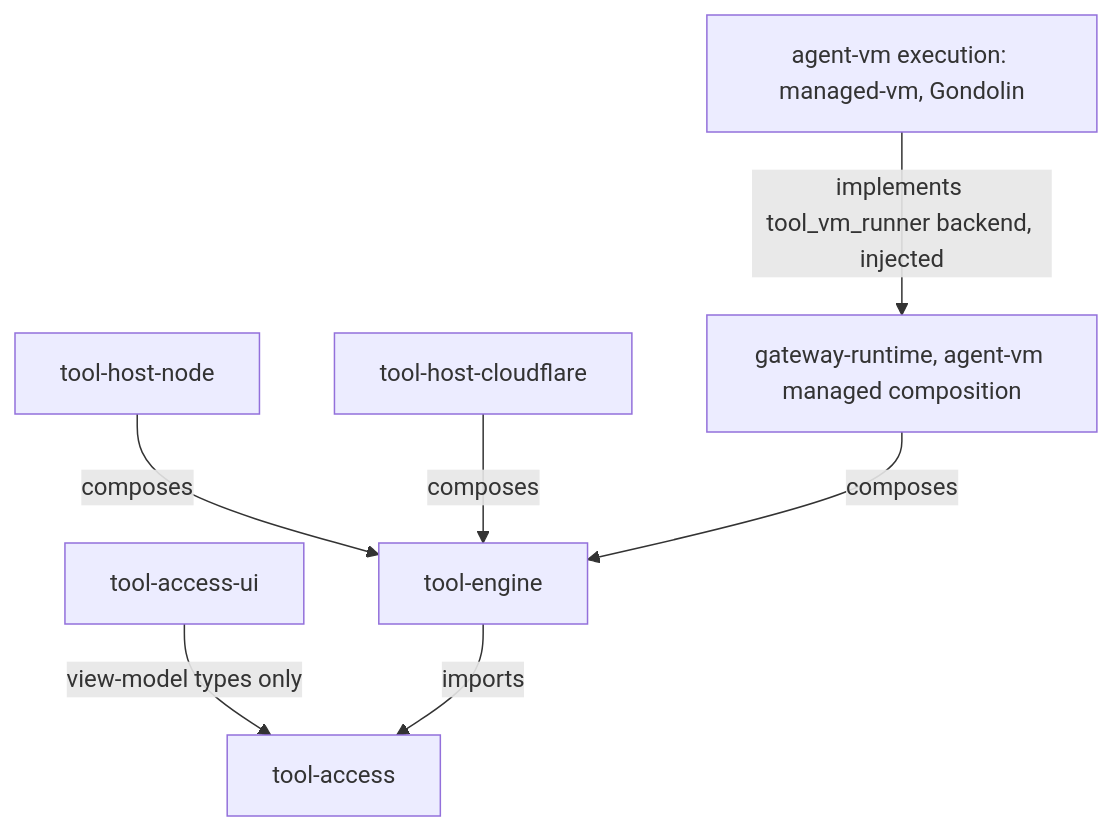
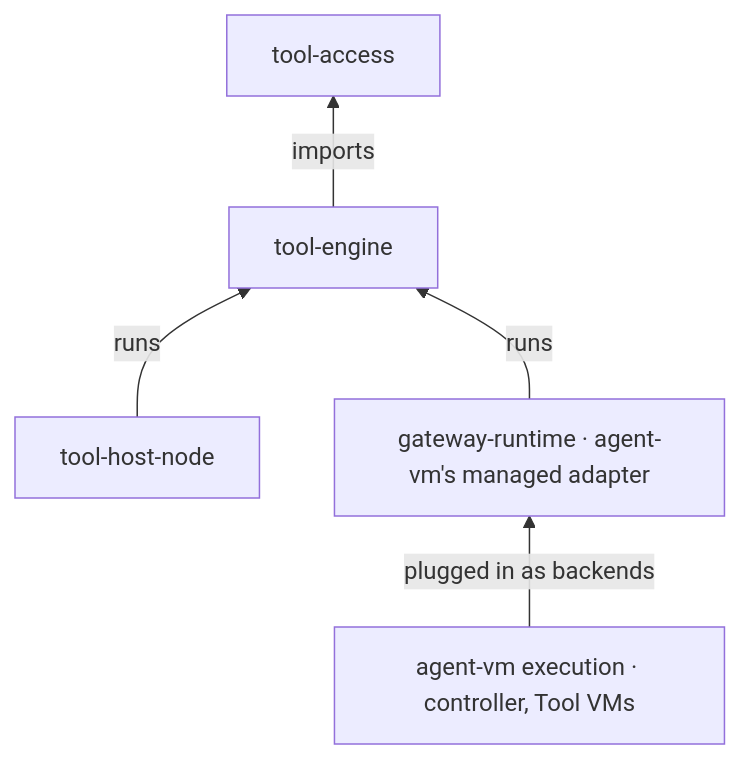
One commit to ShravanSunder/agent-vm changed the second of 3 diagrams in docs/specs/2026-10-14-portable-tool-portal-hosts/program-design.md. Above: the diagram before and after it, drawn with Mermaid. The commit also changed other lines of this file and 78 other files, not shown here.

````diff
--- a/docs/specs/2026-10-14-portable-tool-portal-hosts/program-design.md
+++ b/docs/specs/2026-10-14-portable-tool-portal-hosts/program-design.md
@@ -48,9 +44,7 @@
 ```mermaid
-flowchart TB
- UI[tool-access-ui] -->|view-model types only| A[tool-access]
- T[tool-engine] -->|imports| A
- N[tool-host-node] -->|composes| T
- C[tool-host-cloudflare] -->|composes| T
- G[gateway-runtime, agent-vm managed composition] -->|composes| T
- V[agent-vm execution: managed-vm, Gondolin] -->|implements tool_vm_runner backend, injected| G
+flowchart BT
+  Engine[tool-engine] -->|imports| Access[tool-access]
+  Host[tool-host-node] -->|runs| Engine
+  Managed[gateway-runtime · agent-vm's managed adapter] -->|runs| Engine
+  Exec[agent-vm execution · controller, Tool VMs] -->|plugged in as backends| Managed
 ```
````
